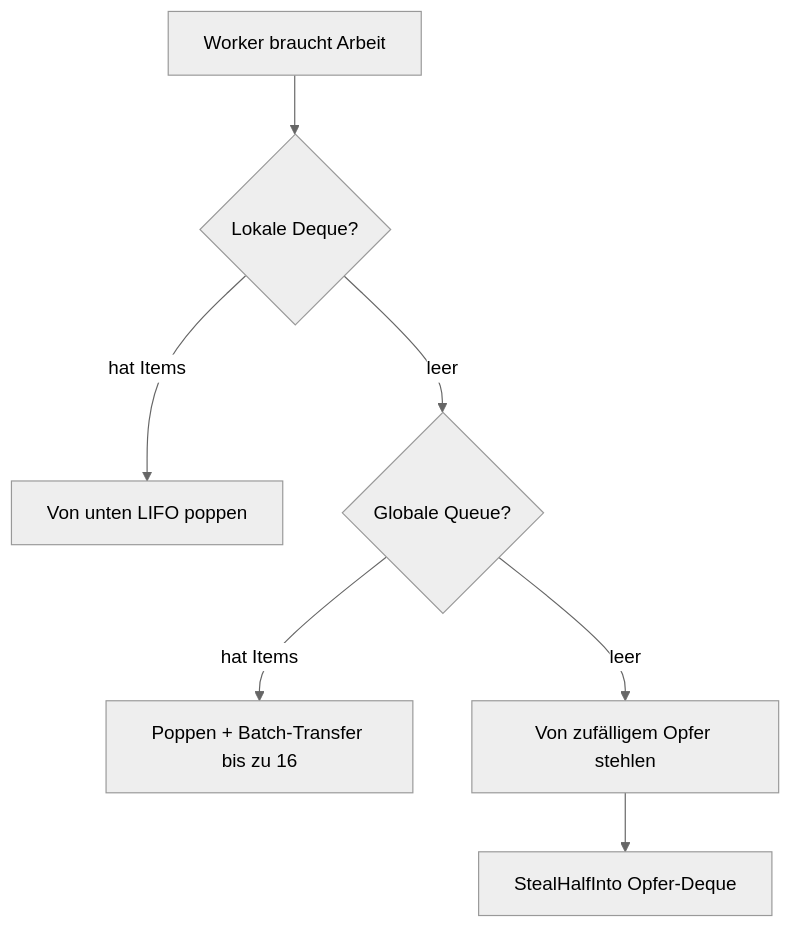
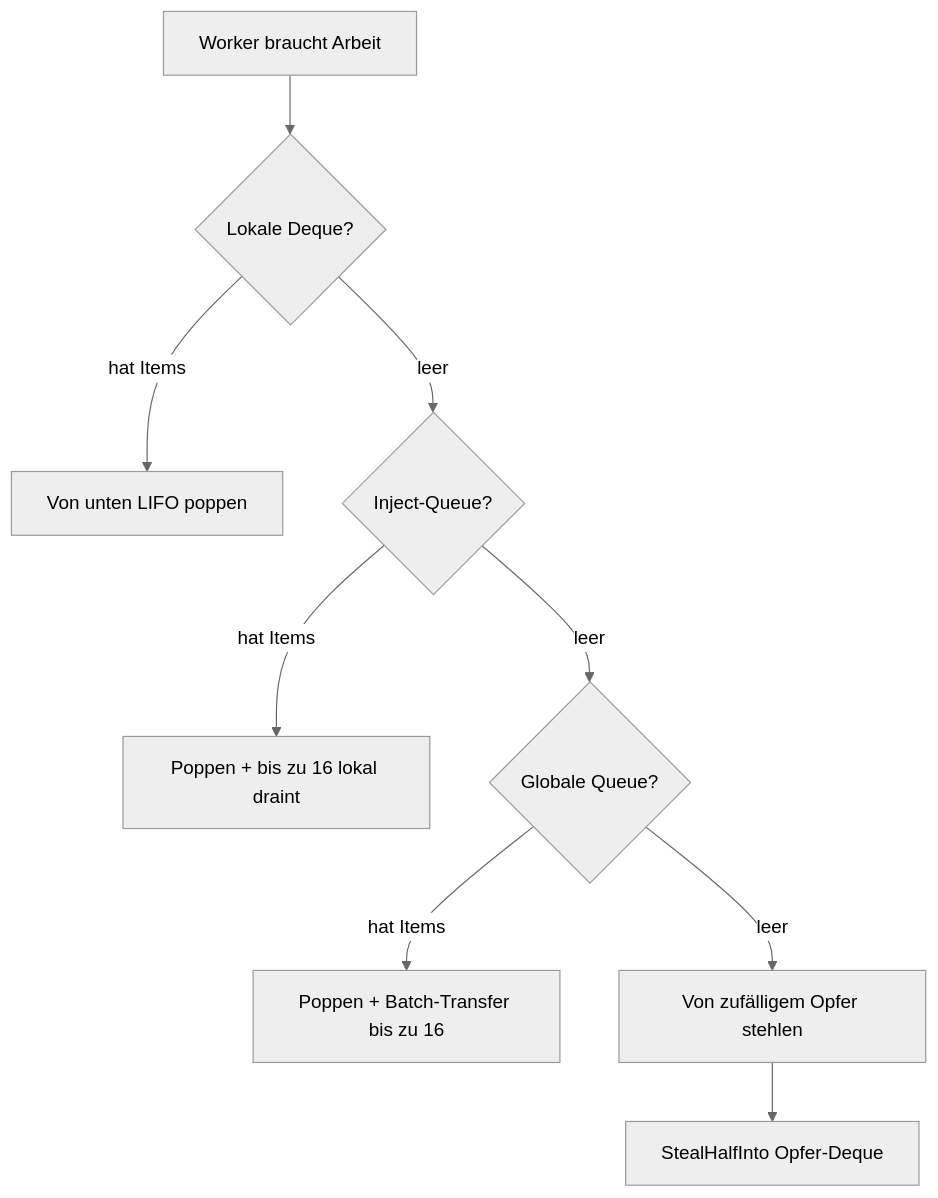
One commit to wippyai/docs changed the first of 2 diagrams in de/internals/scheduler.md. Above: the diagram before and after it, drawn with Mermaid (neutral theme). The commit also changed other lines of this file and 1108 other files, not shown here.

````diff
--- a/de/internals/scheduler.md
+++ b/de/internals/scheduler.md
@@ -47,9 +47,11 @@
 ```mermaid
 flowchart TD
     W[Worker braucht Arbeit] --> L{Lokale Deque?}
     L -->|hat Items| LP[Von unten LIFO poppen]
-    L -->|leer| G{Globale Queue?}
+    L -->|leer| I{Inject-Queue?}
+    I -->|hat Items| IP[Poppen + bis zu 16 lokal draint]
+    I -->|leer| G{Globale Queue?}
     G -->|hat Items| GP[Poppen + Batch-Transfer bis zu 16]
     G -->|leer| S[Von zufälligem Opfer stehlen]
     S --> SH[StealHalfInto Opfer-Deque]
 ```
````
